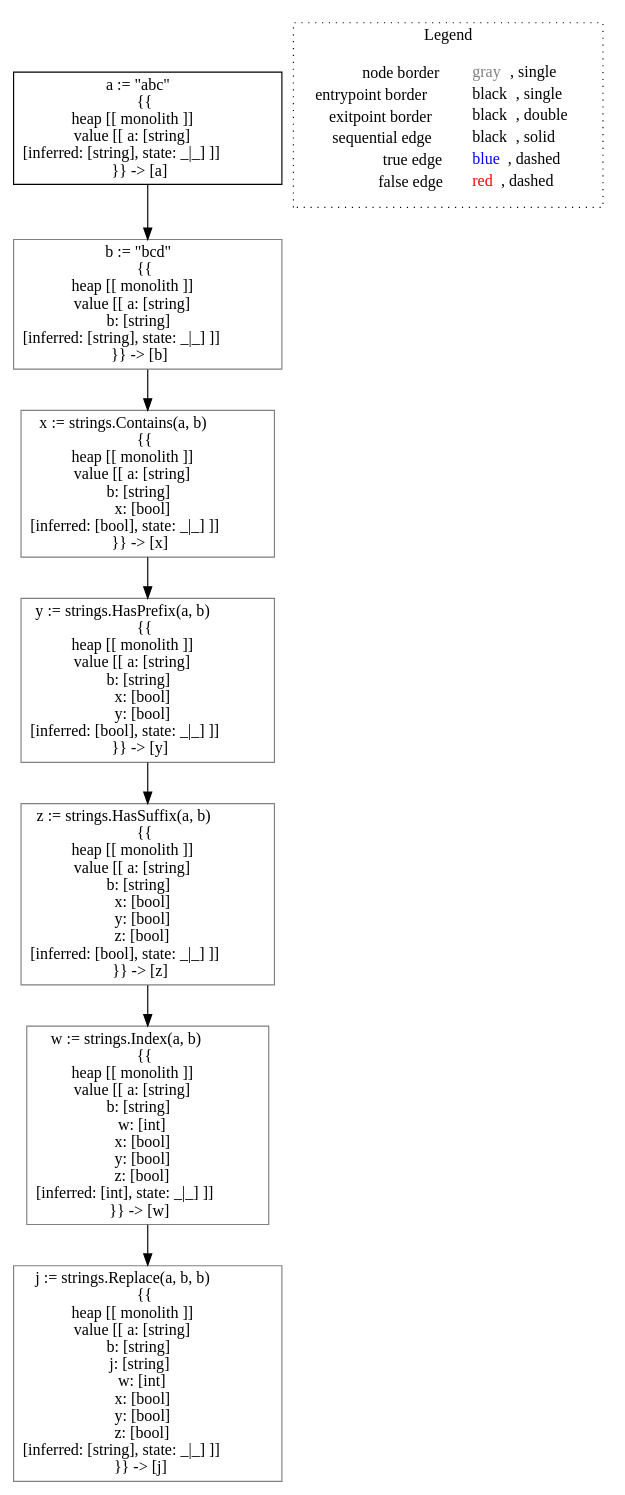
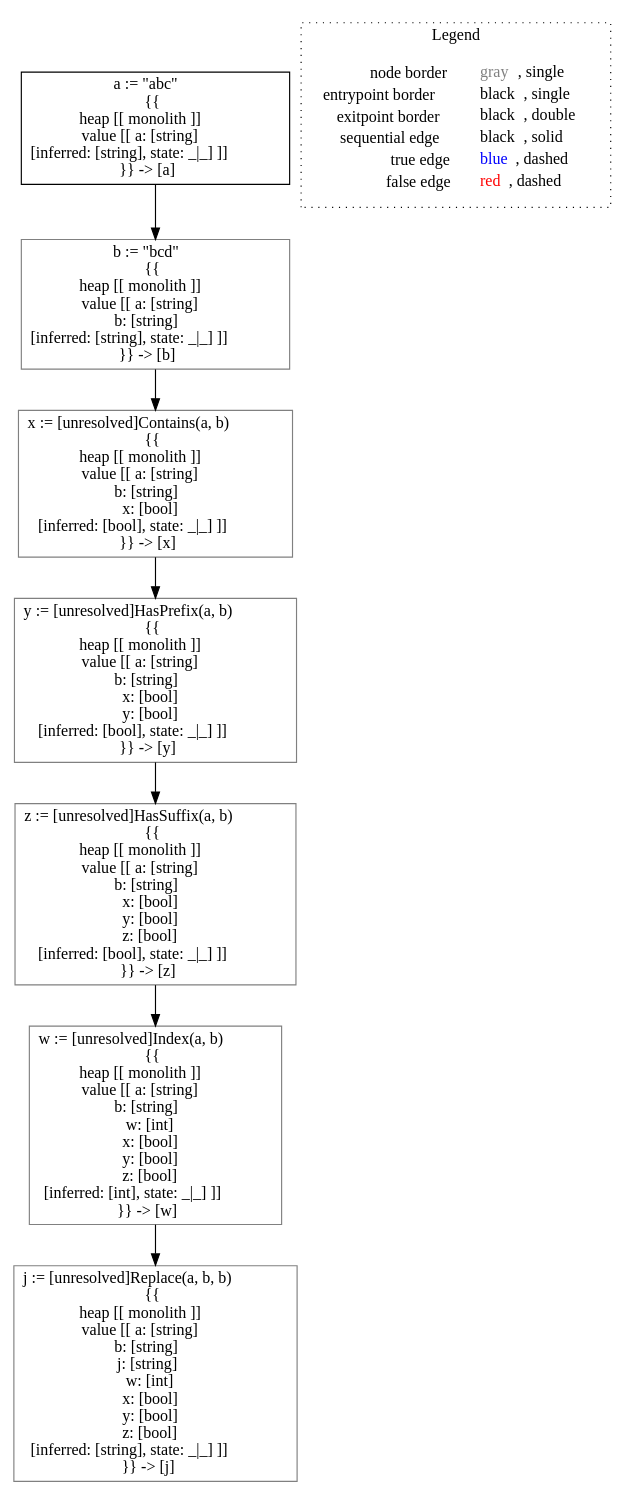
Before and after one commit to lisa-analyzer/go-lisa: the diagram in go-lisa/go-testcases/typing/typing___untyped_~LiSAProgram.strings().dot, drawn with Graphviz. The commit also changed 10 other files, not shown here.

```diff
--- a/go-lisa/go-testcases/typing/typing___untyped_~LiSAProgram.strings().dot
+++ b/go-lisa/go-testcases/typing/typing___untyped_~LiSAProgram.strings().dot
@@ -1,22 +1,22 @@
 digraph {
 	"node0" [shape="rect",color="black",label=<a := &quot;abc&quot;<BR/>{{<BR/>heap [[ monolith ]]<BR/>value [[ a: [string]<BR/>[inferred: [string], state: _|_] ]]<BR/>}} -&gt; [a]>];
-	"node1" [shape="rect",color="gray",label=<x := strings.Contains(a, b)<BR/>{{<BR/>heap [[ monolith ]]<BR/>value [[ a: [string]<BR/>b: [string]<BR/>x: [bool]<BR/>[inferred: [bool], state: _|_] ]]<BR/>}} -&gt; [x]>];
-	"node2" [shape="rect",color="gray",label=<w := strings.Index(a, b)<BR/>{{<BR/>heap [[ monolith ]]<BR/>value [[ a: [string]<BR/>b: [string]<BR/>w: [int]<BR/>x: [bool]<BR/>y: [bool]<BR/>z: [bool]<BR/>[inferred: [int], state: _|_] ]]<BR/>}} -&gt; [w]>];
-	"node3" [shape="rect",color="gray",label=<z := strings.HasSuffix(a, b)<BR/>{{<BR/>heap [[ monolith ]]<BR/>value [[ a: [string]<BR/>b: [string]<BR/>x: [bool]<BR/>y: [bool]<BR/>z: [bool]<BR/>[inferred: [bool], state: _|_] ]]<BR/>}} -&gt; [z]>];
-	"node4" [shape="rect",color="gray",label=<b := &quot;bcd&quot;<BR/>{{<BR/>heap [[ monolith ]]<BR/>value [[ a: [string]<BR/>b: [string]<BR/>[inferred: [string], state: _|_] ]]<BR/>}} -&gt; [b]>];
-	"node5" [shape="rect",color="gray",label=<j := strings.Replace(a, b, b)<BR/>{{<BR/>heap [[ monolith ]]<BR/>value [[ a: [string]<BR/>b: [string]<BR/>j: [string]<BR/>w: [int]<BR/>x: [bool]<BR/>y: [bool]<BR/>z: [bool]<BR/>[inferred: [string], state: _|_] ]]<BR/>}} -&gt; [j]>];
-	"node6" [shape="rect",color="gray",label=<y := strings.HasPrefix(a, b)<BR/>{{<BR/>heap [[ monolith ]]<BR/>value [[ a: [string]<BR/>b: [string]<BR/>x: [bool]<BR/>y: [bool]<BR/>[inferred: [bool], state: _|_] ]]<BR/>}} -&gt; [y]>];
+	"node1" [shape="rect",color="gray",label=<b := &quot;bcd&quot;<BR/>{{<BR/>heap [[ monolith ]]<BR/>value [[ a: [string]<BR/>b: [string]<BR/>[inferred: [string], state: _|_] ]]<BR/>}} -&gt; [b]>];
+	"node2" [shape="rect",color="gray",label=<y := [unresolved]HasPrefix(a, b)<BR/>{{<BR/>heap [[ monolith ]]<BR/>value [[ a: [string]<BR/>b: [string]<BR/>x: [bool]<BR/>y: [bool]<BR/>[inferred: [bool], state: _|_] ]]<BR/>}} -&gt; [y]>];
+	"node3" [shape="rect",color="gray",label=<j := [unresolved]Replace(a, b, b)<BR/>{{<BR/>heap [[ monolith ]]<BR/>value [[ a: [string]<BR/>b: [string]<BR/>j: [string]<BR/>w: [int]<BR/>x: [bool]<BR/>y: [bool]<BR/>z: [bool]<BR/>[inferred: [string], state: _|_] ]]<BR/>}} -&gt; [j]>];
+	"node4" [shape="rect",color="gray",label=<w := [unresolved]Index(a, b)<BR/>{{<BR/>heap [[ monolith ]]<BR/>value [[ a: [string]<BR/>b: [string]<BR/>w: [int]<BR/>x: [bool]<BR/>y: [bool]<BR/>z: [bool]<BR/>[inferred: [int], state: _|_] ]]<BR/>}} -&gt; [w]>];
+	"node5" [shape="rect",color="gray",label=<z := [unresolved]HasSuffix(a, b)<BR/>{{<BR/>heap [[ monolith ]]<BR/>value [[ a: [string]<BR/>b: [string]<BR/>x: [bool]<BR/>y: [bool]<BR/>z: [bool]<BR/>[inferred: [bool], state: _|_] ]]<BR/>}} -&gt; [z]>];
+	"node6" [shape="rect",color="gray",label=<x := [unresolved]Contains(a, b)<BR/>{{<BR/>heap [[ monolith ]]<BR/>value [[ a: [string]<BR/>b: [string]<BR/>x: [bool]<BR/>[inferred: [bool], state: _|_] ]]<BR/>}} -&gt; [x]>];
+	"node0" -> "node1" [color="black"];
 	"node1" -> "node6" [color="black"];
 	"node2" -> "node5" [color="black"];
-	"node3" -> "node2" [color="black"];
-	"node4" -> "node1" [color="black"];
-	"node0" -> "node4" [color="black"];
-	"node6" -> "node3" [color="black"];
+	"node4" -> "node3" [color="black"];
+	"node5" -> "node4" [color="black"];
+	"node6" -> "node2" [color="black"];
 subgraph cluster_legend {
 	label="Legend";
 	style=dotted;
 	node [shape=plaintext];
 	"legend" [label=<<table border="0" cellpadding="2" cellspacing="0" cellborder="0"><tr><td align="right">node border&nbsp;</td><td align="left"><font color="gray">gray</font>, single</td></tr><tr><td align="right">entrypoint border&nbsp;</td><td align="left"><font color="black">black</font>, single</td></tr><tr><td align="right">exitpoint border&nbsp;</td><td align="left"><font color="black">black</font>, double</td></tr><tr><td align="right">sequential edge&nbsp;</td><td align="left"><font color="black">black</font>, solid</td></tr><tr><td align="right">true edge&nbsp;</td><td align="left"><font color="blue">blue</font>, dashed</td></tr><tr><td align="right">false edge&nbsp;</td><td align="left"><font color="red">red</font>, dashed</td></tr></table>>];
 }
 
 }
```
